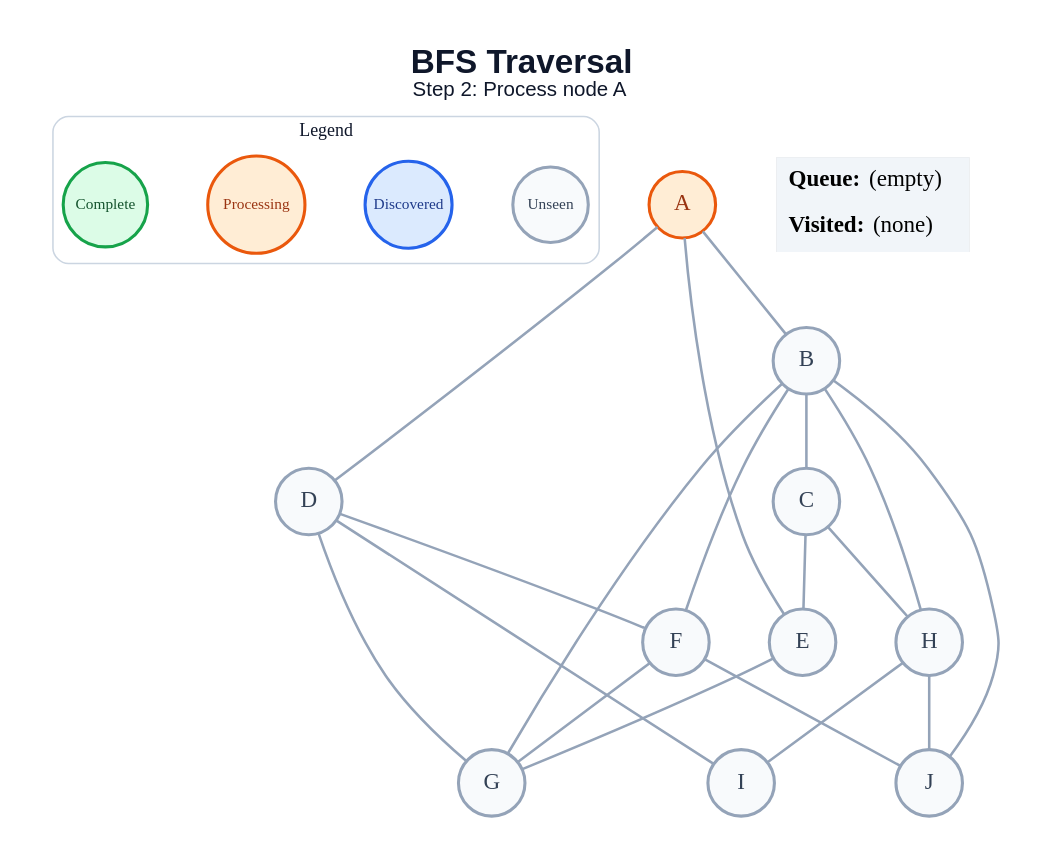
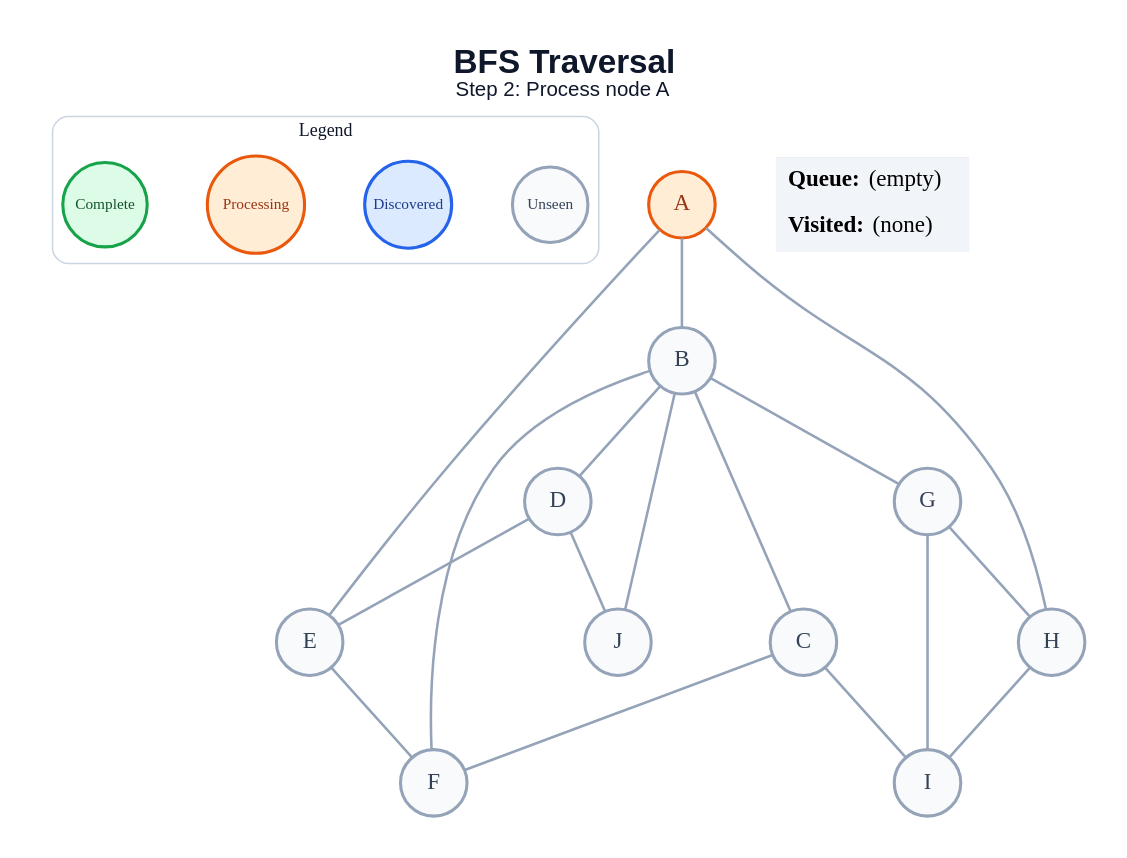
One commit to amanghodawala9/ai-slop changed the diagram in generated/bfs/step_02.dot. Above: the diagram before and after it, drawn with Graphviz. The commit also changed 178 other files, not shown here.

```diff
--- a/generated/bfs/step_02.dot
+++ b/generated/bfs/step_02.dot
@@ -1,47 +1,45 @@
 graph traversal {
   graph [layout=dot, rankdir=TB, bgcolor="#FFFFFF", pad="0.35", nodesep="0.65", ranksep="0.8", fontname="Arial"];
   node [shape=circle, style="filled", fontname="Arial Bold", fontsize=18, width=0.72, fixedsize=true, penwidth=2.4];
   edge [color="#94A3B8", penwidth=2.0];
   label=<<B>BFS Traversal</B><BR/><FONT POINT-SIZE="16">Step 2: Process node A</FONT>>; labelloc="t"; fontsize=26; fontname="Arial"; fontcolor="#0F172A";
   subgraph cluster_legend { label="Legend"; color="#CBD5E1"; penwidth=1.2; style="rounded"; fontsize=14; fontname="Arial Bold";
     key_unseen [label="Unseen", fillcolor="#F8FAFC", color="#94A3B8", fontcolor="#334155", fontsize=12, width=0.82];
     key_frontier [label="Discovered", fillcolor="#DBEAFE", color="#2563EB", fontcolor="#1E3A8A", fontsize=12, width=0.95];
     key_current [label="Processing", fillcolor="#FFEDD5", color="#EA580C", fontcolor="#9A3412", fontsize=12, width=1.05];
     key_done [label="Complete", fillcolor="#DCFCE7", color="#16A34A", fontcolor="#14532D", fontsize=12, width=0.92];
     { rank=same; key_unseen; key_frontier; key_current; key_done; }
   }
   A [fillcolor="#FFEDD5", color="#EA580C", fontcolor="#9A3412"];
   B [fillcolor="#F8FAFC", color="#94A3B8", fontcolor="#334155"];
   C [fillcolor="#F8FAFC", color="#94A3B8", fontcolor="#334155"];
   D [fillcolor="#F8FAFC", color="#94A3B8", fontcolor="#334155"];
   E [fillcolor="#F8FAFC", color="#94A3B8", fontcolor="#334155"];
   F [fillcolor="#F8FAFC", color="#94A3B8", fontcolor="#334155"];
   G [fillcolor="#F8FAFC", color="#94A3B8", fontcolor="#334155"];
   H [fillcolor="#F8FAFC", color="#94A3B8", fontcolor="#334155"];
   I [fillcolor="#F8FAFC", color="#94A3B8", fontcolor="#334155"];
   J [fillcolor="#F8FAFC", color="#94A3B8", fontcolor="#334155"];
   A -- B;
-  A -- D;
   A -- E;
+  A -- H;
   B -- C;
+  B -- D;
   B -- F;
   B -- G;
-  B -- H;
   B -- J;
-  C -- E;
-  C -- H;
-  D -- F;
-  D -- G;
-  D -- I;
-  E -- G;
-  F -- G;
-  F -- J;
+  C -- F;
+  C -- I;
+  D -- E;
+  D -- J;
+  E -- F;
+  G -- H;
+  G -- I;
   H -- I;
-  H -- J;
   status [shape=plain, fixedsize=false, width=0, height=0, margin=0, label=<
     <TABLE BORDER="0" CELLBORDER="0" CELLPADDING="7" BGCOLOR="#F1F5F9">
       <TR><TD ALIGN="LEFT"><B>Queue:</B> (empty)</TD></TR>
       <TR><TD ALIGN="LEFT"><B>Visited:</B> (none)</TD></TR>
     </TABLE>
   >];
 }
```
